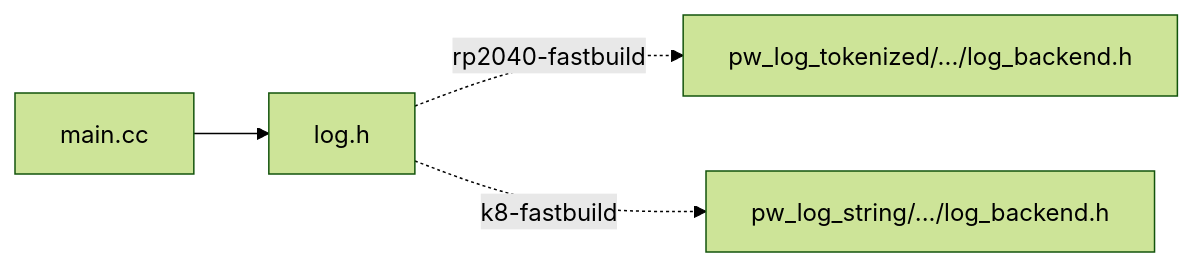
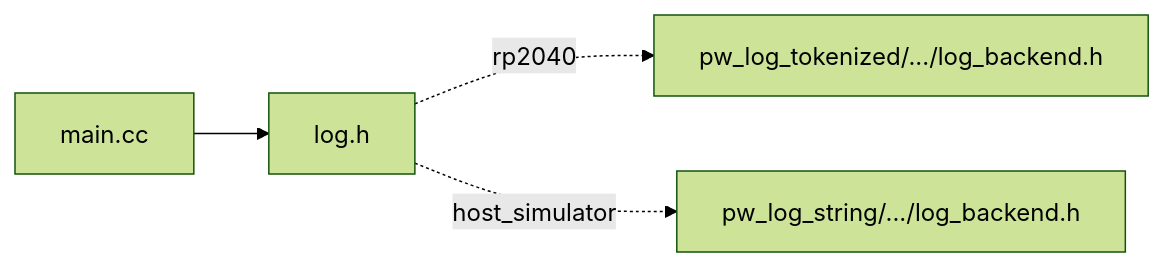
The diagram in docs/sphinx/showcases/sense/code_intelligence.rst (chromium-full-mirror/chromiumos_third_party_pigweed_pigweed), drawn with Mermaid (forest theme) before and after one commit. The commit also changed other lines of this file, not shown here.

```diff
--- a/docs/sphinx/showcases/sense/code_intelligence.rst
+++ b/docs/sphinx/showcases/sense/code_intelligence.rst
@@ -144,7 +144,7 @@
 .. mermaid::
 
    flowchart LR
 
      a["main.cc"] --> b["log.h"]
-     b["log.h"] -. rp2040-fastbuild .-> c["pw_log_tokenized/.../log_backend.h"]
-     b["log.h"] -. k8-fastbuild .-> d["pw_log_string/.../log_backend.h"]
+     b["log.h"] -. rp2040 .-> c["pw_log_tokenized/.../log_backend.h"]
+     b["log.h"] -. host_simulator .-> d["pw_log_string/.../log_backend.h"]
```
